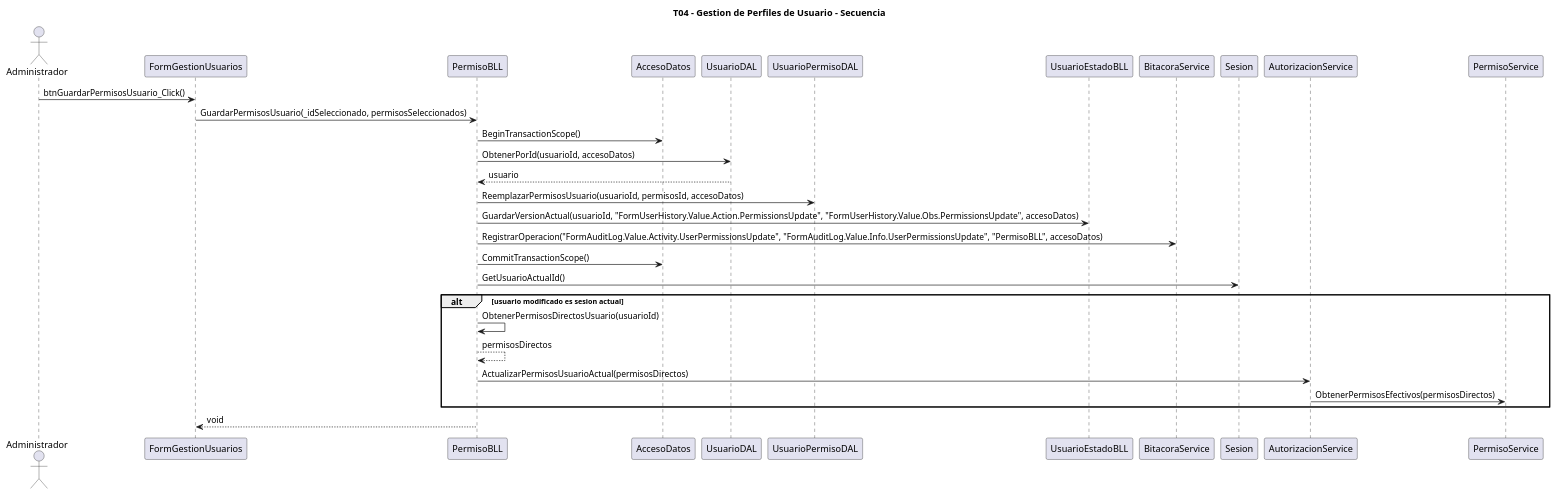
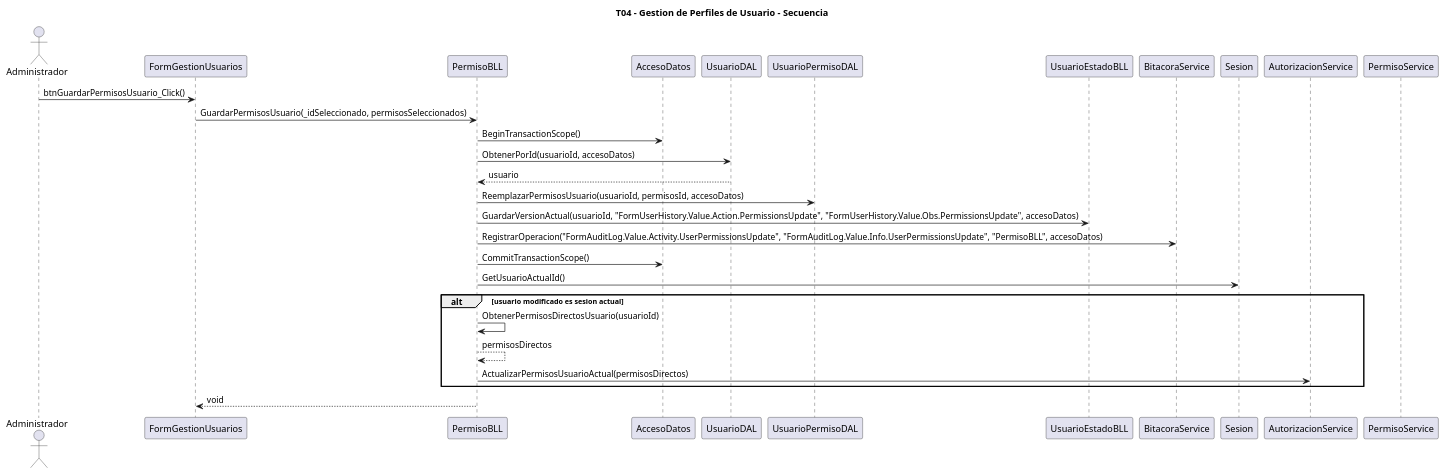
Before and after one commit to aggutierrez98/TP-TD: the diagram in diagramas/T04-perfiles-usuario/T04-perfiles-usuario-secuencia.puml, drawn with PlantUML. The commit also changed 16 other files, not shown here.

```diff
--- a/diagramas/T04-perfiles-usuario/T04-perfiles-usuario-secuencia.puml
+++ b/diagramas/T04-perfiles-usuario/T04-perfiles-usuario-secuencia.puml
@@ -1,36 +1,35 @@
 @startuml
 title T04 - Gestion de Perfiles de Usuario - Secuencia
 
 actor Administrador
 participant "FormGestionUsuarios" as FormGestionUsuarios
 participant "PermisoBLL" as PermisoBLL
 participant "AccesoDatos" as AccesoDatos
 participant "UsuarioDAL" as UsuarioDAL
 participant "UsuarioPermisoDAL" as UsuarioPermisoDAL
 participant "UsuarioEstadoBLL" as UsuarioEstadoBLL
 participant "BitacoraService" as BitacoraService
 participant "Sesion" as Sesion
 participant "AutorizacionService" as AutorizacionService
 participant "PermisoService" as PermisoService
 
 Administrador -> FormGestionUsuarios : btnGuardarPermisosUsuario_Click()
 FormGestionUsuarios -> PermisoBLL : GuardarPermisosUsuario(_idSeleccionado, permisosSeleccionados)
 PermisoBLL -> AccesoDatos : BeginTransactionScope()
 PermisoBLL -> UsuarioDAL : ObtenerPorId(usuarioId, accesoDatos)
 UsuarioDAL --> PermisoBLL : usuario
 PermisoBLL -> UsuarioPermisoDAL : ReemplazarPermisosUsuario(usuarioId, permisosId, accesoDatos)
 PermisoBLL -> UsuarioEstadoBLL : GuardarVersionActual(usuarioId, "FormUserHistory.Value.Action.PermissionsUpdate", "FormUserHistory.Value.Obs.PermissionsUpdate", accesoDatos)
 PermisoBLL -> BitacoraService : RegistrarOperacion("FormAuditLog.Value.Activity.UserPermissionsUpdate", "FormAuditLog.Value.Info.UserPermissionsUpdate", "PermisoBLL", accesoDatos)
 PermisoBLL -> AccesoDatos : CommitTransactionScope()
 PermisoBLL -> Sesion : GetUsuarioActualId()
 
 alt usuario modificado es sesion actual
   PermisoBLL -> PermisoBLL : ObtenerPermisosDirectosUsuario(usuarioId)
   PermisoBLL --> PermisoBLL : permisosDirectos
   PermisoBLL -> AutorizacionService : ActualizarPermisosUsuarioActual(permisosDirectos)
-  AutorizacionService -> PermisoService : ObtenerPermisosEfectivos(permisosDirectos)
 end
 
 PermisoBLL --> FormGestionUsuarios : void
 
 @enduml
```
